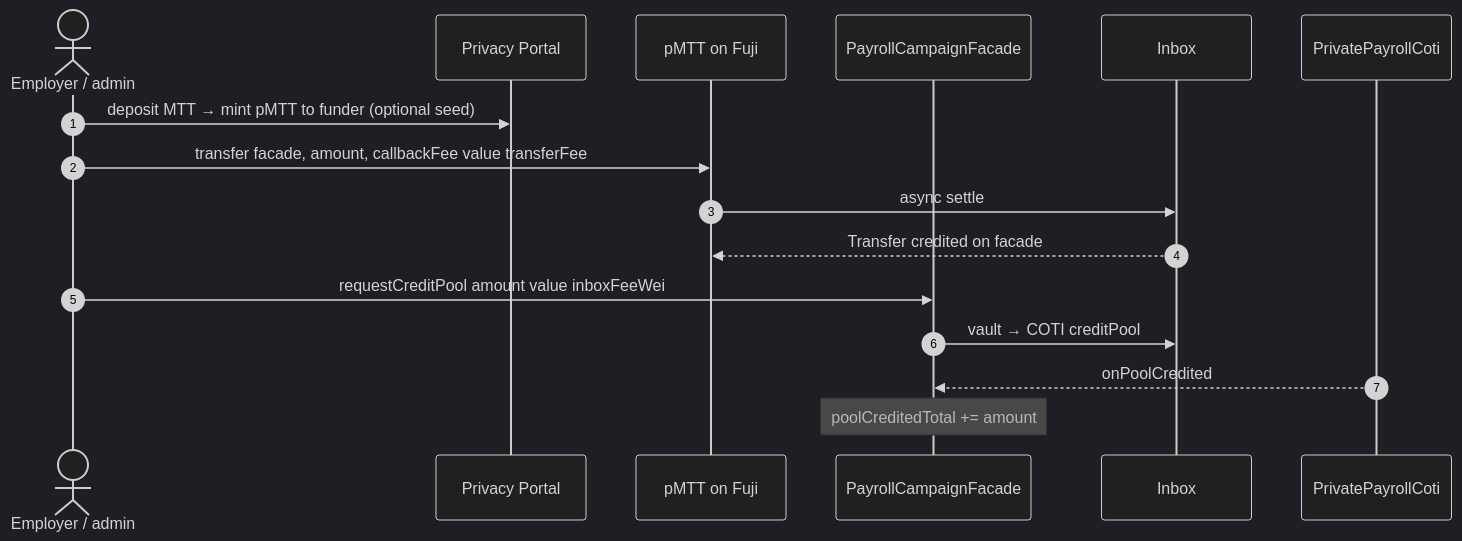
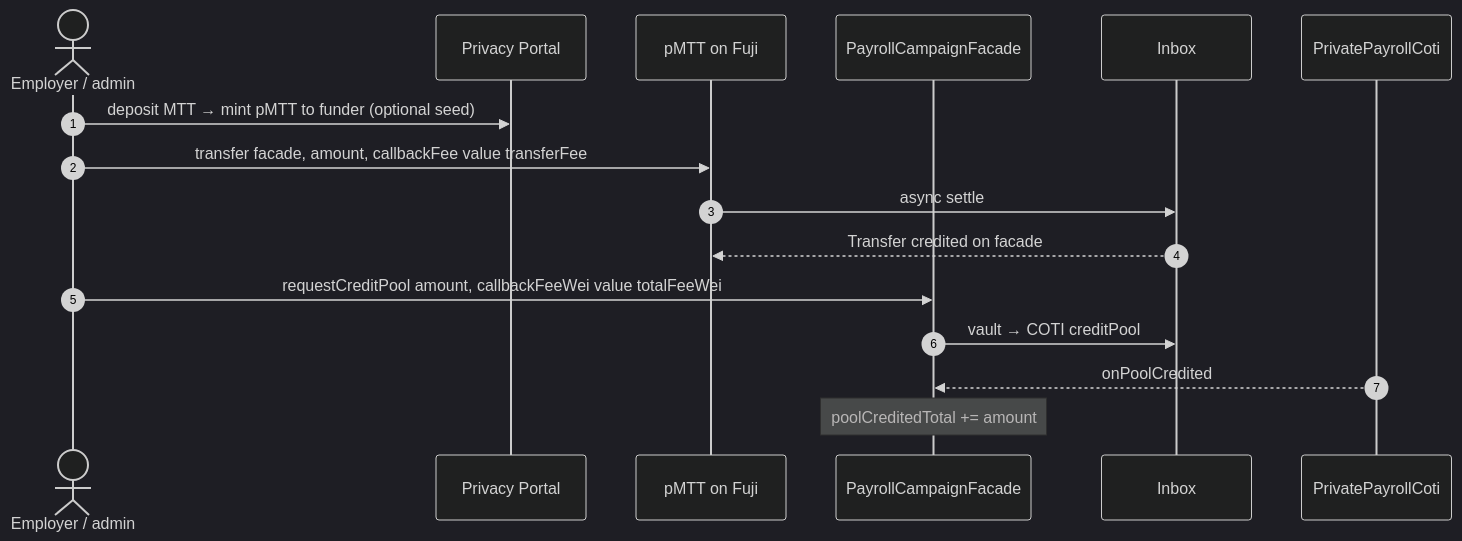
Before and after one commit to cotitech-io/hrpayroll-ui: the second of 2 diagrams in ui/docs/fundCampaign.md, drawn with Mermaid (dark theme). The commit also changed other lines of this file and 3 other files, not shown here.

````diff
--- a/ui/docs/fundCampaign.md
+++ b/ui/docs/fundCampaign.md
@@ -71,19 +91,19 @@
 ```mermaid
 sequenceDiagram
   autonumber
   actor Emp as Employer / admin
   participant Portal as Privacy Portal
   participant pToken as pMTT on Fuji
   participant Facade as PayrollCampaignFacade
   participant Inbox as Inbox
   participant COTI as PrivatePayrollCoti
 
   Emp->>Portal: deposit MTT → mint pMTT to funder (optional seed)
   Emp->>pToken: transfer facade, amount, callbackFee value transferFee
   pToken->>Inbox: async settle
   Inbox-->>pToken: Transfer credited on facade
-  Emp->>Facade: requestCreditPool amount value inboxFeeWei
+  Emp->>Facade: requestCreditPool amount, callbackFeeWei value totalFeeWei
   Facade->>Inbox: vault → COTI creditPool
   COTI-->>Facade: onPoolCredited
   Note over Facade: poolCreditedTotal += amount
 ```
````
